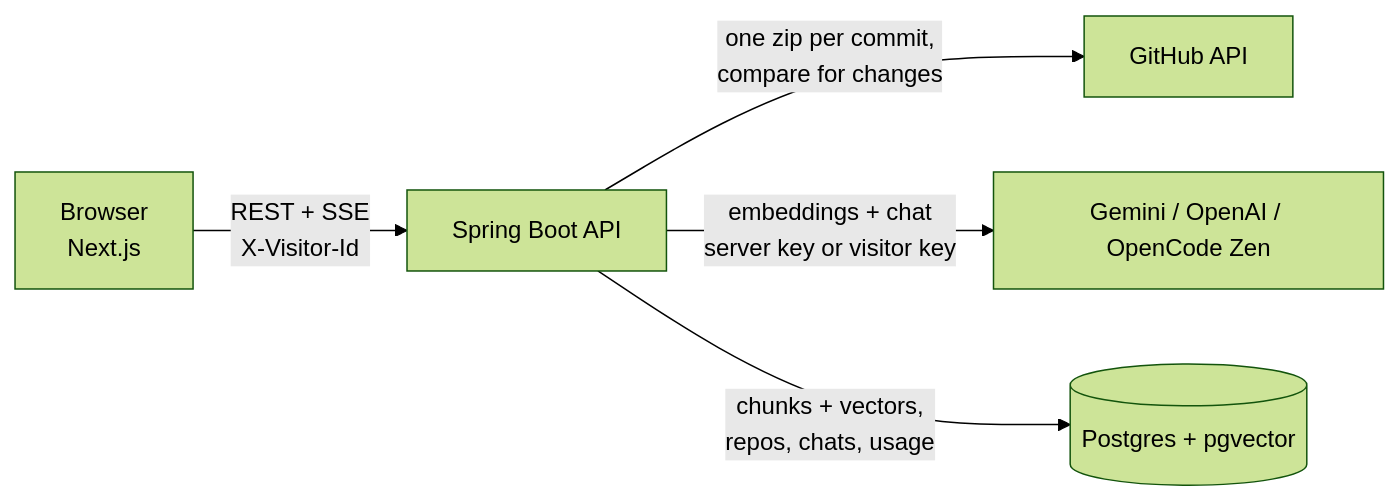
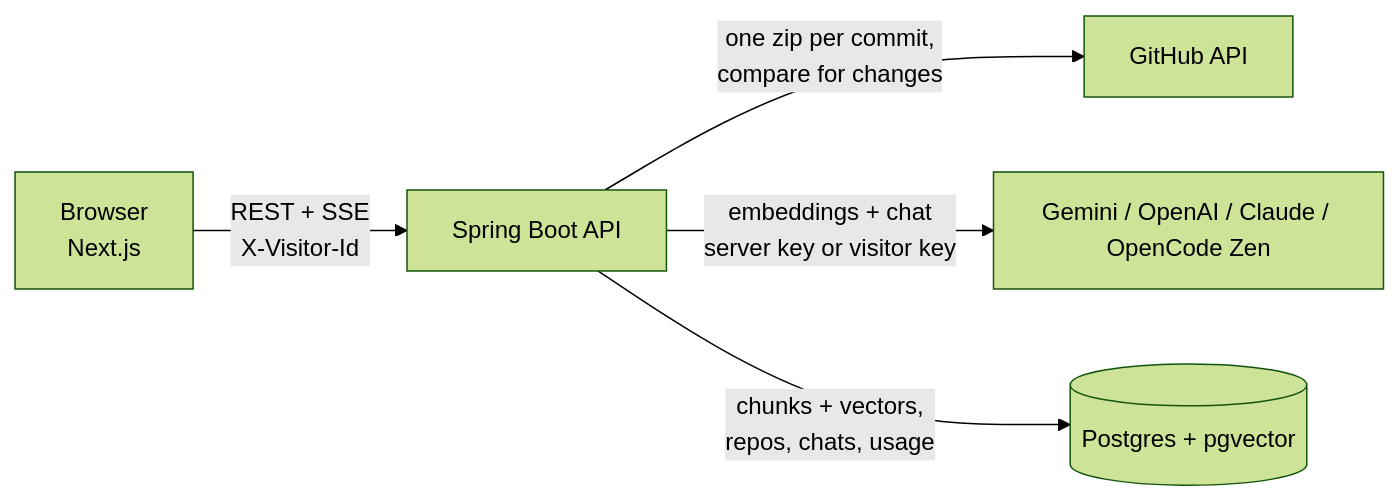
Before and after one commit to Darshan-dev57/devPilot: the diagram in README.md, drawn with Mermaid (forest theme). The commit also changed other lines of this file, not shown here.

Commit message:
Document the own key providers and their default models

````diff
--- a/README.md
+++ b/README.md
@@ -90,7 +98,7 @@
 ```mermaid
 flowchart LR
   B[Browser<br/>Next.js] -- REST + SSE<br/>X-Visitor-Id --> API[Spring Boot API]
   API -- one zip per commit,<br/>compare for changes --> GH[GitHub API]
-  API -- embeddings + chat<br/>server key or visitor key --> AI[Gemini / OpenAI / OpenCode Zen]
+  API -- embeddings + chat<br/>server key or visitor key --> AI[Gemini / OpenAI / Claude / OpenCode Zen]
   API -- chunks + vectors,<br/>repos, chats, usage --> PG[(Postgres + pgvector)]
 ```
````
